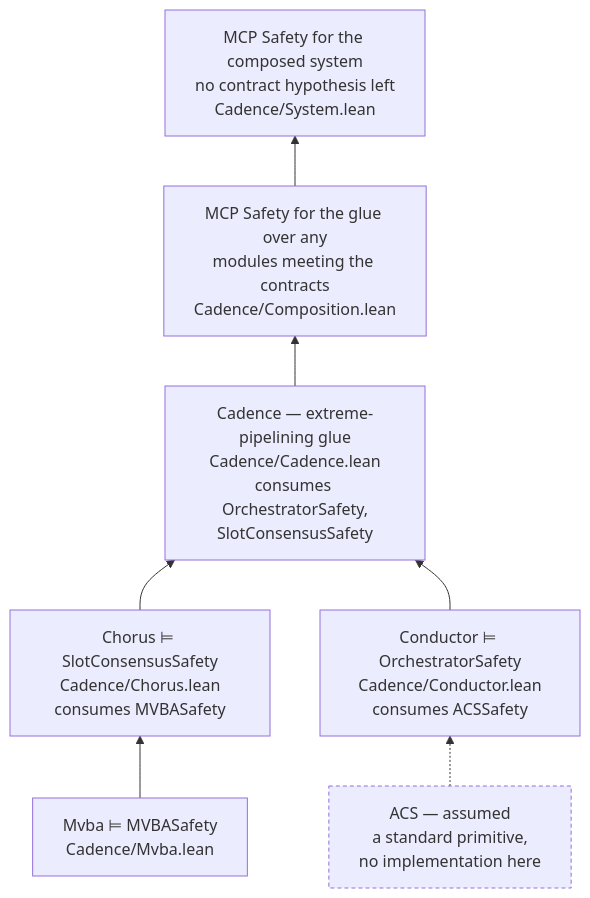
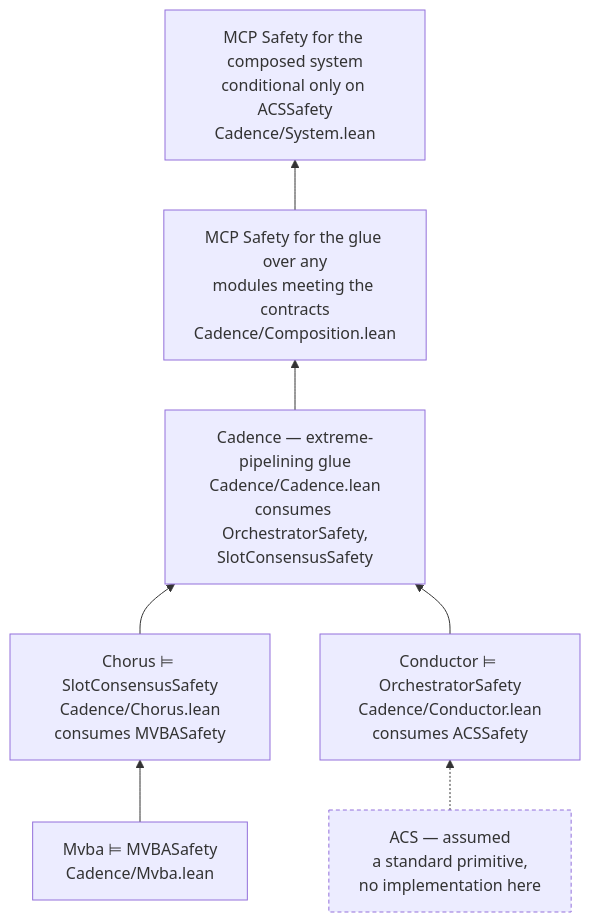
Before and after one commit to larskuhtz/cadence: the first of 2 diagrams in README.md, drawn with Mermaid. The commit also changed other lines of this file and 150 other files, not shown here.

````diff
--- a/README.md
+++ b/README.md
@@ -37,20 +37,20 @@
 ```mermaid
 flowchart BT
     MVBA["Mvba ⊨ MVBASafety<br/>Cadence/Mvba.lean"]
     ACS["ACS — assumed<br/>a standard primitive,<br/>no implementation here"]
     CHOR["Chorus ⊨ SlotConsensusSafety<br/>Cadence/Chorus.lean<br/>consumes MVBASafety"]
     COND["Conductor ⊨ OrchestratorSafety<br/>Cadence/Conductor.lean<br/>consumes ACSSafety"]
     GLUE["Cadence — extreme-pipelining glue<br/>Cadence/Cadence.lean<br/>consumes OrchestratorSafety,<br/>SlotConsensusSafety"]
     POS["MCP Safety for the glue over any<br/>modules meeting the contracts<br/>Cadence/Composition.lean"]
-    SYS["MCP Safety for the composed system<br/>no contract hypothesis left<br/>Cadence/System.lean"]
+    SYS["MCP Safety for the composed system<br/>conditional only on ACSSafety<br/>Cadence/System.lean"]
 
     MVBA --> CHOR
     ACS -.-> COND
     CHOR --> GLUE
     COND --> GLUE
     GLUE --> POS
     POS --> SYS
 
     classDef assumed stroke-dasharray:4 3
     class ACS assumed
 ```
````
